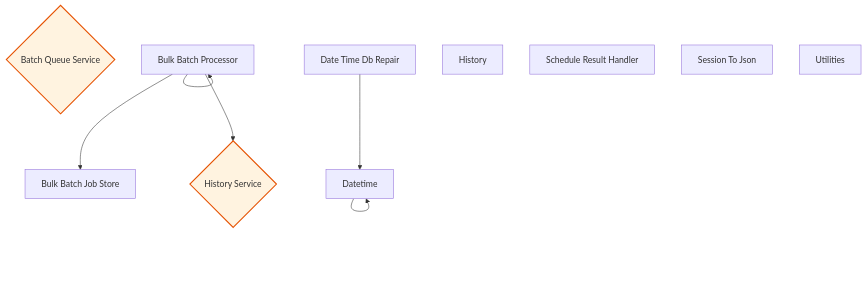
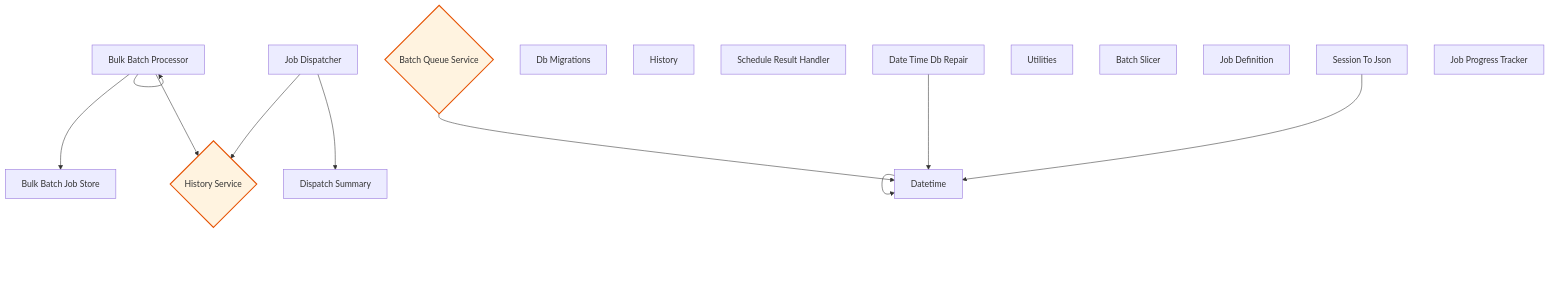
Before and after one commit to rpnunez/wp-ai-scheduler: diagram 19 of 19 in docs/feature-report.md, drawn with Mermaid. The commit also changed other lines of this file and 1 other file, not shown here.

````diff
--- a/docs/feature-report.md
+++ b/docs/feature-report.md
@@ -905,26 +932,36 @@
 ```mermaid
 flowchart TD
     %% Utilities Architecture
 
     Batch_Queue_Service{"Batch Queue Service"}
     Bulk_Batch_Job_Store["Bulk Batch Job Store"]
     Bulk_Batch_Processor["Bulk Batch Processor"]
     Date_Time_DB_Repair["Date Time Db Repair"]
     DateTime["Datetime"]
+    DB_Migrations["Db Migrations"]
     History_Service{"History Service"}
     History["History"]
     Schedule_Result_Handler["Schedule Result Handler"]
     Session_To_JSON["Session To Json"]
     Utilities["Utilities"]
+    Batch_Slicer["Batch Slicer"]
+    Dispatch_Summary["Dispatch Summary"]
+    Job_Definition["Job Definition"]
+    Job_Dispatcher["Job Dispatcher"]
+    Job_Progress_Tracker["Job Progress Tracker"]
 
+    Batch_Queue_Service --> DateTime
     Bulk_Batch_Processor --> Bulk_Batch_Job_Store
     Bulk_Batch_Processor --> Bulk_Batch_Processor
     Bulk_Batch_Processor --> History_Service
     Date_Time_DB_Repair --> DateTime
     DateTime --> DateTime
+    Session_To_JSON --> DateTime
+    Job_Dispatcher --> Dispatch_Summary
+    Job_Dispatcher --> History_Service
 
     classDef repository fill:#e1f5ff,stroke:#01579b,stroke-width:2px
     classDef service fill:#fff3e0,stroke:#e65100,stroke-width:2px
     classDef controller fill:#f3e5f5,stroke:#4a148c,stroke-width:2px
     class Batch_Queue_Service,History_Service service
 ```
````
